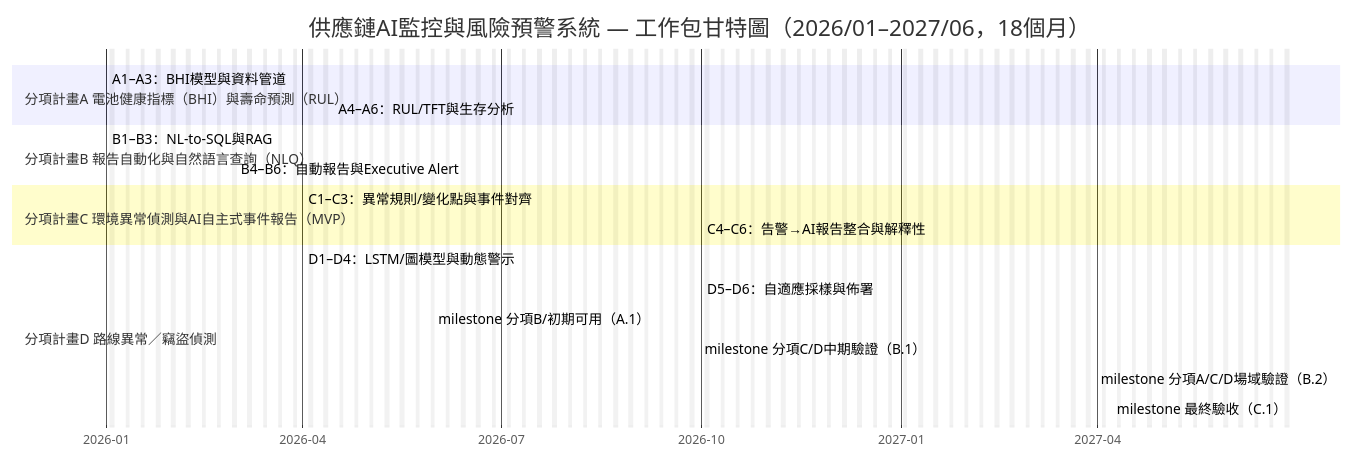
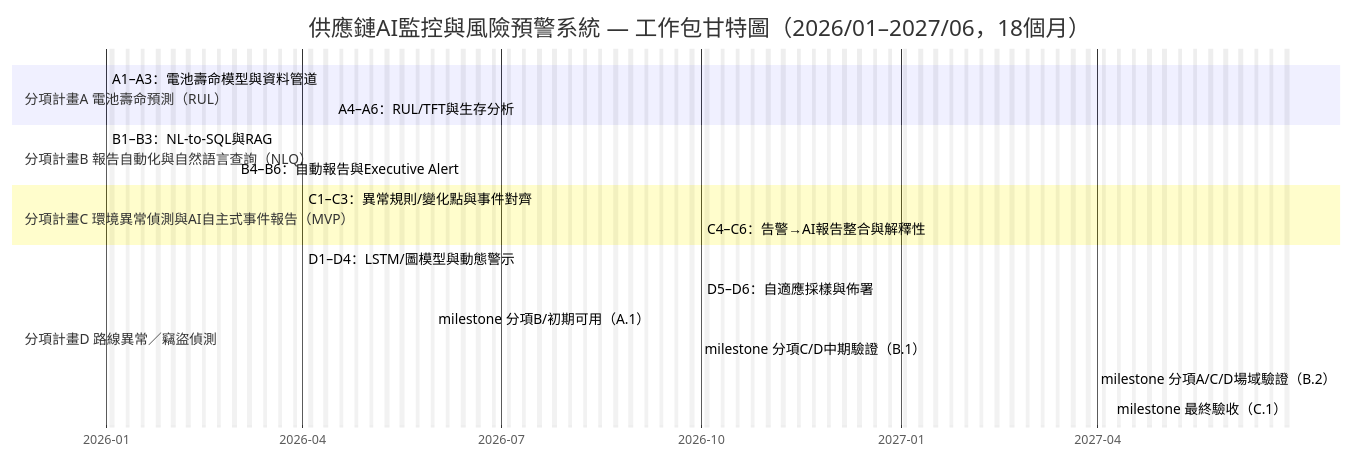
The eighth of 8 diagrams in proposal/AI應用躍昇計畫-計畫書-提交版.md (jshuo/ai-moea-proposal), drawn with Mermaid before and after one commit. The commit also changed other lines of this file, not shown here.

````diff
--- a/proposal/AI應用躍昇計畫-計畫書-提交版.md
+++ b/proposal/AI應用躍昇計畫-計畫書-提交版.md
@@ -744,28 +842,28 @@
 ```mermaid
 gantt
   title 供應鏈AI監控與風險預警系統 — 工作包甘特圖（2026/01–2027/06，18個月）
   dateFormat  YYYY-MM-DD
   axisFormat  %Y-%m
   excludes    weekends
 
-   section 分項計畫A 電池健康指標（BHI）與壽命預測（RUL）
-   A1–A3：BHI模型與資料管道          :a1, 2026-01-01, 4m
+  section 分項計畫A 電池壽命預測（RUL）
+  A1–A3：電池壽命模型與資料管道      :a1, 2026-01-01, 4m
    A4–A6：RUL/TFT與生存分析           :a2, 2026-04-15, 6m
 
    section 分項計畫B 報告自動化與自然語言查詢（NLQ）
    B1–B3：NL-to-SQL與RAG            :b1, 2026-01-01, 3.5m
    B4–B6：自動報告與Executive Alert  :b2, 2026-03-01, 2.5m
 
   section 分項計畫C 環境異常偵測與AI自主式事件報告（MVP）
   C1–C3：異常規則/變化點與事件對齊  :c1, 2026-04-01, 8m
   C4–C6：告警→AI報告整合與解釋性     :c2, 2026-10-01, 4m
 
    section 分項計畫D 路線異常／竊盜偵測
    D1–D4：LSTM/圖模型與動態警示      :d1, 2026-04-01, 9m
    D5–D6：自適應採樣與佈署          :d2, 2026-10-01, 5m
 
    milestone 分項B/初期可用（A.1）   :m1, 2026-05-31, 0d
    milestone 分項C/D中期驗證（B.1）  :m2, 2026-09-30, 0d
    milestone 分項A/C/D場域驗證（B.2）:m3, 2027-03-31, 0d
   milestone 最終驗收（C.1）         :m4, 2027-06-30, 0d
 ```
````
